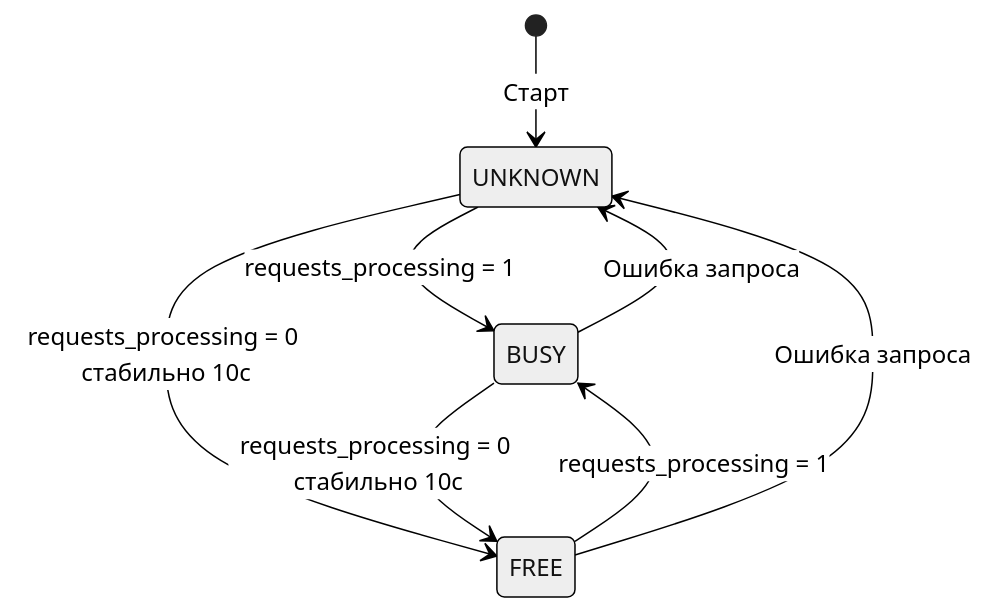
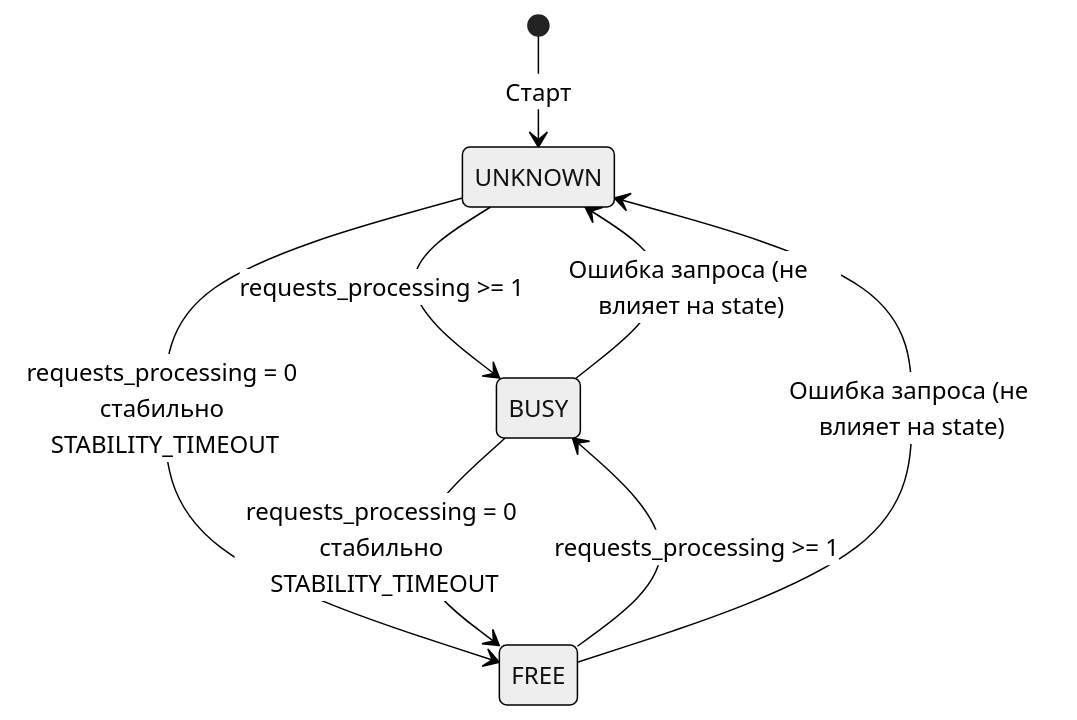
Before and after one commit to Vorpholomey/llm-bot: the third of 3 diagrams in plans/architecture.md, drawn with Mermaid (neutral theme). The commit also changed other lines of this file and 13 other files, not shown here.

````diff
--- a/plans/architecture.md
+++ b/plans/architecture.md
@@ -216,13 +258,13 @@
 ```mermaid
 stateDiagram-v2
     [*] --> UNKNOWN: Старт
-    
-    UNKNOWN --> BUSY: requests_processing = 1
-    UNKNOWN --> FREE: requests_processing = 0 стабильно 10с
-    
-    BUSY --> FREE: requests_processing = 0 стабильно 10с
-    FREE --> BUSY: requests_processing = 1
-    
-    FREE --> UNKNOWN: Ошибка запроса
-    BUSY --> UNKNOWN: Ошибка запроса
+
+    UNKNOWN --> BUSY: requests_processing >= 1
+    UNKNOWN --> FREE: requests_processing = 0 стабильно STABILITY_TIMEOUT
+
+    BUSY --> FREE: requests_processing = 0 стабильно STABILITY_TIMEOUT
+    FREE --> BUSY: requests_processing >= 1
+
+    BUSY --> UNKNOWN: Ошибка запроса (не влияет на state)
+    FREE --> UNKNOWN: Ошибка запроса (не влияет на state)
 ```
````
